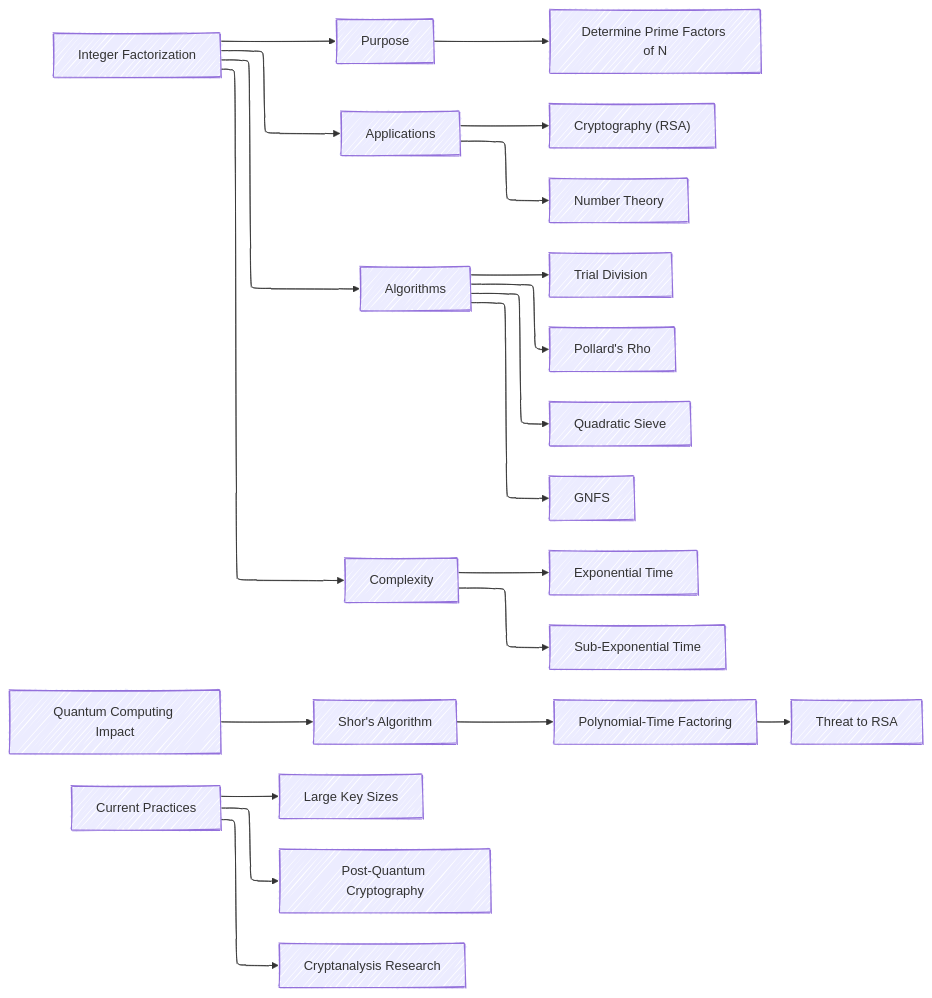
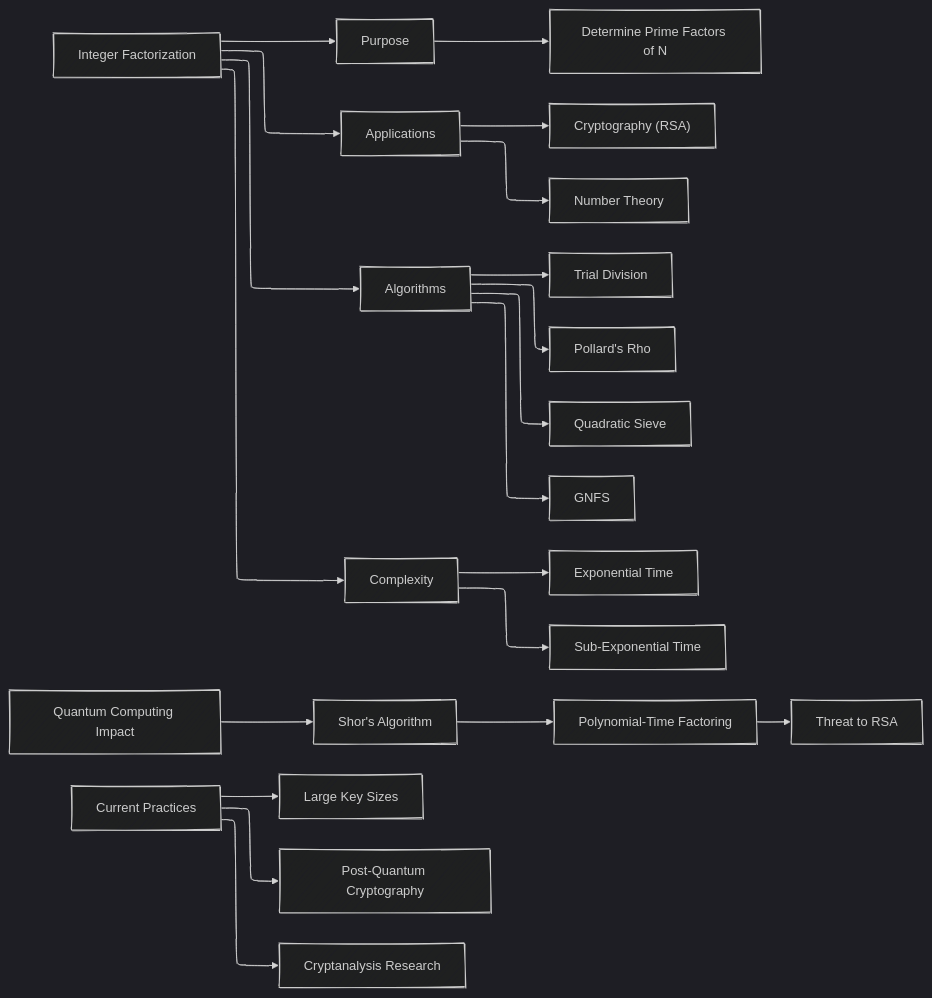
One commit to CongLeSolutionX/AlgoVerse changed the fifth of 5 diagrams in The_Golden_Nugget/Integer_Factorization.md. Above: the diagram before and after it, drawn with Mermaid. The commit also changed other lines of this file, not shown here.

Commit message:
update notes

````diff
--- a/The_Golden_Nugget/Integer_Factorization.md
+++ b/The_Golden_Nugget/Integer_Factorization.md
@@ -353,34 +353,34 @@
 ```mermaid
 ---
 config:
   layout: elk
   look: handDrawn
-  theme: default
+  theme: dark
 ---
 graph LR
     Subgraph[Integer Factorization]
     Subgraph --> Purpose
     Purpose --> A1[Determine Prime Factors of N]
     Subgraph --> Applications
     Applications --> B1["Cryptography (RSA)"]
     Applications --> B2[Number Theory]
     Subgraph --> Algorithms
     Algorithms --> C1[Trial Division]
     Algorithms --> C2[Pollard's Rho]
     Algorithms --> C3[Quadratic Sieve]
     Algorithms --> C4[GNFS]
     Subgraph --> Complexity
     Complexity --> D1[Exponential Time]
     Complexity --> D2[Sub-Exponential Time]
 
     Quantum[Quantum Computing Impact]
     Quantum --> E1[Shor's Algorithm]
     E1 --> F1[Polynomial-Time Factoring]
     F1 --> G1[Threat to RSA]
 
     Industry[Current Practices]
     Industry --> H1[Large Key Sizes]
     Industry --> H2[Post-Quantum Cryptography]
     Industry --> H3[Cryptanalysis Research]
     
 ```
````
